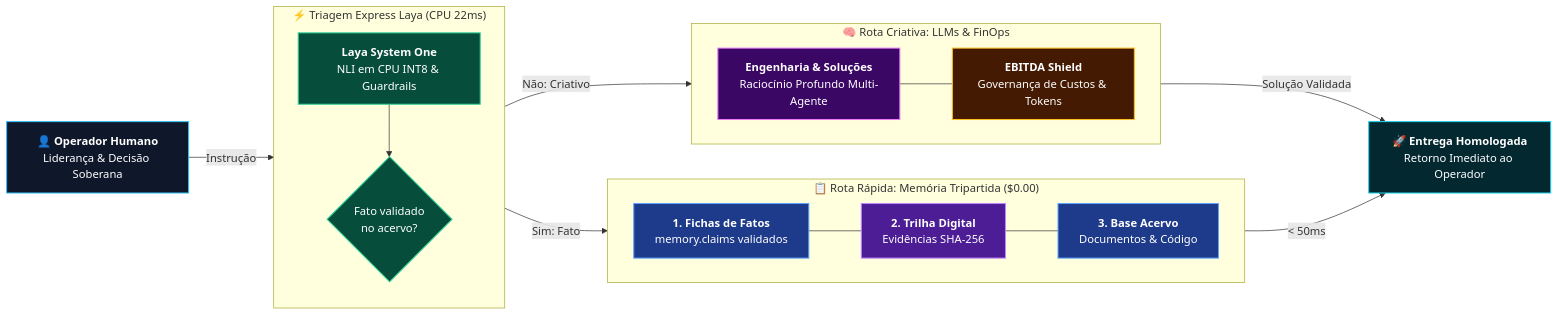
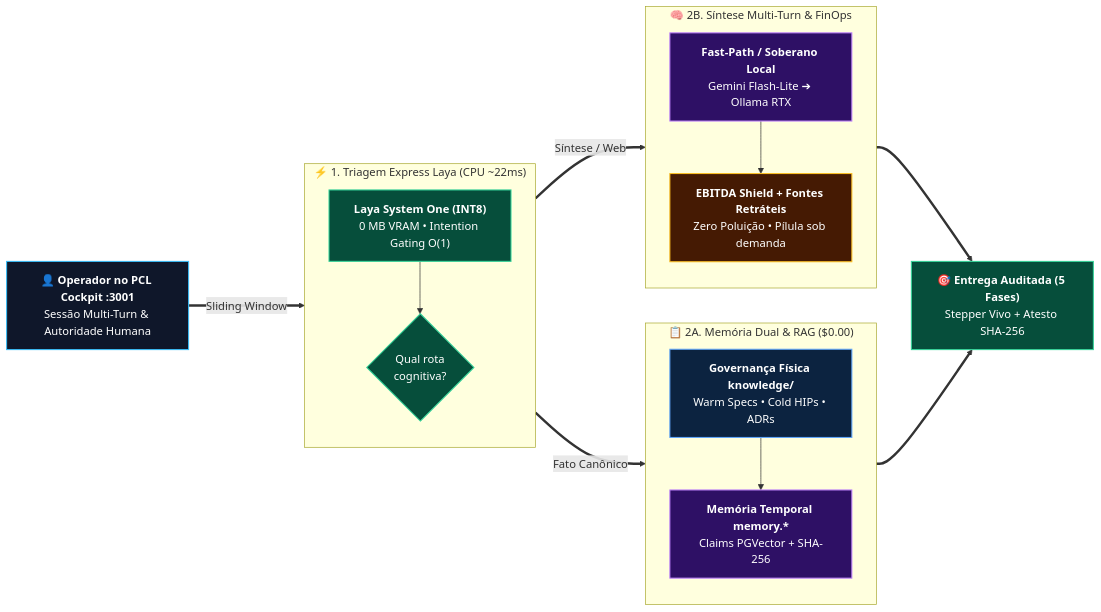
One commit to EnterDufter/PromptCoreLabs_AEOS changed the diagram in docs/architecture-v2-executive-guide.md. Above: the diagram before and after it, drawn with Mermaid. The commit also changed other lines of this file and 34 other files, not shown here.

First line of the commit message:
docs(aeos-v3.6): upgrade complete repository & Living Architecture portal with pure UTF-8, Dual-Track narrative & Cortex v7 diagrams

````diff
--- a/docs/architecture-v2-executive-guide.md
+++ b/docs/architecture-v2-executive-guide.md
@@ -20,42 +26,39 @@
 ```mermaid
 flowchart LR
     classDef cliente fill:#0f172a,stroke:#38bdf8,stroke-width:1.5px,color:#ffffff;
     classDef laya fill:#064e3b,stroke:#34d399,stroke-width:1.5px,color:#ffffff;
-    classDef mem fill:#1e3a8a,stroke:#60a5fa,stroke-width:1.5px,color:#ffffff;
-    classDef audit fill:#4c1d95,stroke:#c084fc,stroke-width:1.5px,color:#ffffff;
-    classDef llm fill:#3b0764,stroke:#e879f9,stroke-width:1.5px,color:#ffffff;
+    classDef mem fill:#0c2340,stroke:#60a5fa,stroke-width:1.5px,color:#ffffff;
+    classDef audit fill:#2e1065,stroke:#c084fc,stroke-width:1.5px,color:#ffffff;
     classDef shield fill:#451a03,stroke:#fbbf24,stroke-width:1.5px,color:#ffffff;
-    classDef output fill:#032830,stroke:#22d3ee,stroke-width:1.5px,color:#ffffff;
 
-    User["👤 <b>Operador Humano</b><br/>Liderança & Decisão Soberana"]:::cliente
+    User["<b>👤 Operador no PCL Cockpit :3001</b><br/>Sessão Multi-Turn & Autoridade Humana"]:::cliente
 
-    subgraph Triagem ["⚡ Triagem Express Laya (CPU 22ms)"]
+    subgraph Triagem ["⚡ 1. Triagem Express Laya (CPU ~22ms)"]
         direction TB
-        Laya["<b>Laya System One</b><br/>NLI em CPU INT8 & Guardrails"]:::laya
-        Decisao{"Fato validado<br/>no acervo?"}:::laya
+        Laya["<b>Laya System One (INT8)</b><br/>0 MB VRAM • Intention Gating O(1)"]:::laya
+        Decisao{"Qual rota<br/>cognitiva?"}:::laya
         Laya --> Decisao
     end
 
-    subgraph RotaRapida ["📋 Rota Rápida: Memória Tripartida ($0.00)"]
-        direction LR
-        Claims["<b>1. Fichas de Fatos</b><br/>memory.claims validados"]:::mem
-        Receipts["<b>2. Trilha Digital</b><br/>Evidências SHA-256"]:::audit
-        Kb["<b>3. Base Acervo</b><br/>Documentos & Código"]:::mem
-        Claims --- Receipts --- Kb
+    subgraph RotaAcervo ["📋 2A. Memória Dual & RAG ($0.00)"]
+        direction TB
+        Warm["<b>Governança Física knowledge/</b><br/>Warm Specs • Cold HIPs • ADRs"]:::mem
+        Claims["<b>Memória Temporal memory.*</b><br/>Claims PGVector + SHA-256"]:::audit
+        Warm --> Claims
     end
 
-    subgraph RotaCriativa ["🧠 Rota Criativa: LLMs & FinOps"]
-        direction LR
-        Modelos["<b>Engenharia & Soluções</b><br/>Raciocínio Profundo Multi-Agente"]:::llm
-        FinOps["<b>EBITDA Shield</b><br/>Governança de Custos & Tokens"]:::shield
-        Modelos --- FinOps
+    subgraph RotaGen ["🧠 2B. Síntese Multi-Turn & FinOps"]
+        direction TB
+        Modelos["<b>Fast-Path / Soberano Local</b><br/>Gemini Flash-Lite ➔ Ollama RTX"]:::audit
+        FinOps["<b>EBITDA Shield + Fontes Retráteis</b><br/>Zero Poluição • Pílula sob demanda"]:::shield
+        Modelos --> FinOps
     end
 
-    Output["🚀 <b>Entrega Homologada</b><br/>Retorno Imediato ao Operador"]:::output
+    Output["<b>🎯 Entrega Auditada (5 Fases)</b><br/>Stepper Vivo + Atesto SHA-256"]:::laya
 
-    User -->|"Instrução"| Laya
-    Decisao -->|"Sim: Fato"| Claims
-    Decisao -->|"Não: Criativo"| Modelos
-    Receipts -->|"< 50ms"| Output
-    FinOps -->|"Solução Validada"| Output
+    User ==>|"Sliding Window"| Laya
+    Decisao ==>|"Fato Canônico"| Warm
+    Decisao ==>|"Síntese / Web"| Modelos
+    Claims ==> Output
+    FinOps ==> Output
 ```
````
